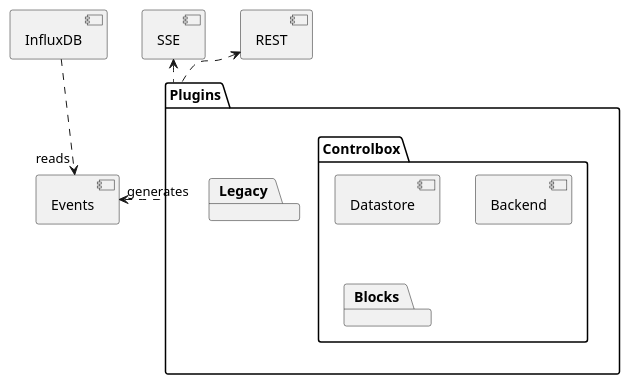
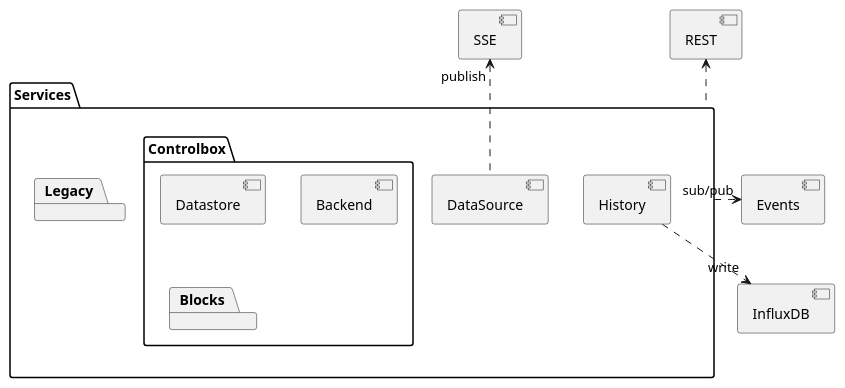
One commit to BrewBlox/brewblox-documentation changed the diagram in uml/service_components.puml. Above: the diagram before and after it, drawn with PlantUML. The commit also changed 1 other file, not shown here.

```diff
--- a/uml/service_components.puml
+++ b/uml/service_components.puml
@@ -1,23 +1,26 @@
 @startuml "Service Components"
 [REST]
 [SSE]
 [InfluxDB]
 [Events]
 
-package Plugins {
+package Services {
     package Controlbox {
         [Datastore]
         [Backend]
         package Blocks
     }
 
     package Legacy {
     }
+
+    [DataSource]
+    [History]
 }
 
-Plugins .up.> REST
-Plugins .up.> SSE
-Plugins .left.> "generates" Events
-InfluxDB ..> "reads" Events
+Services .up.> REST
+DataSource .up.> "publish" SSE
+Services .right.> "sub/pub" Events
+History ..> "write" InfluxDB
 
 @enduml
```
